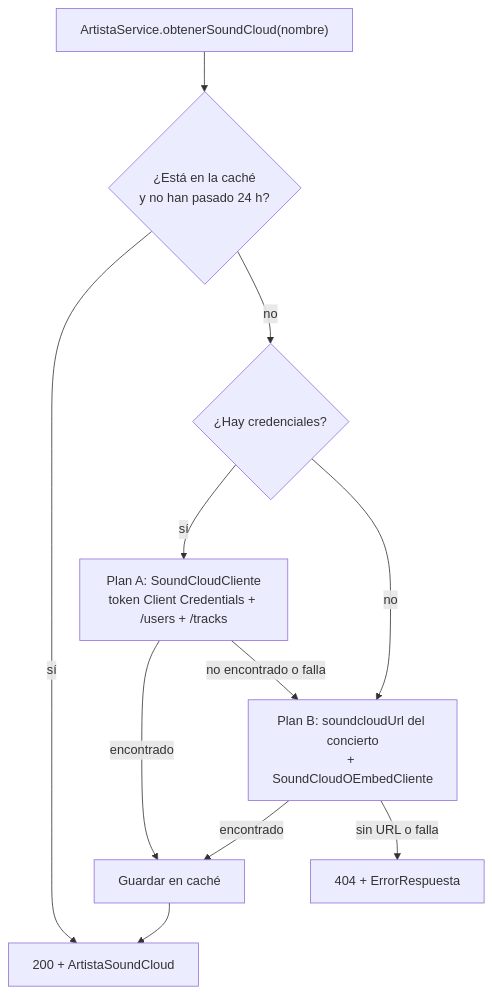
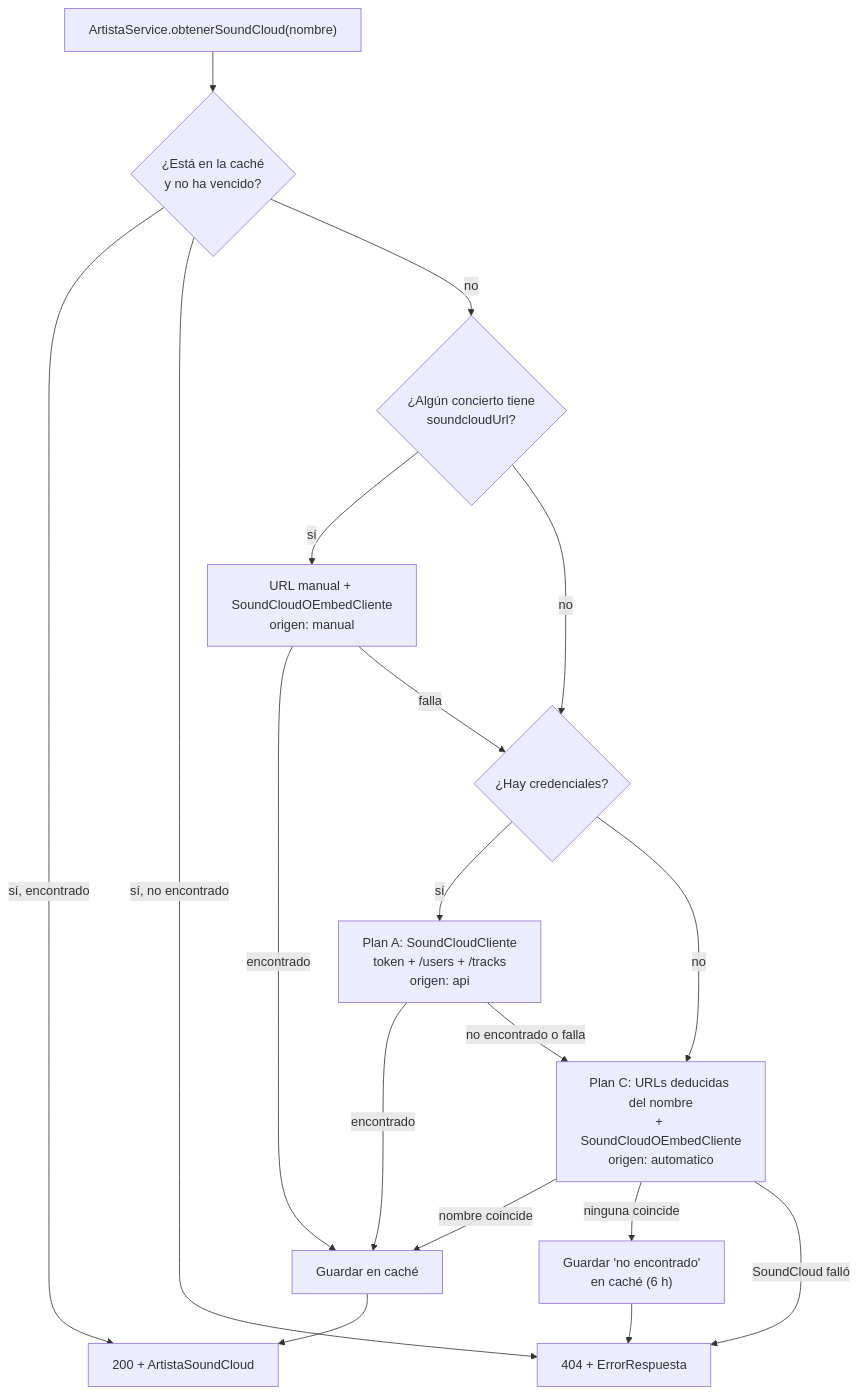
One commit to SE-7003-2027/memelomanos-finder-de-conciertos changed the third of 3 diagrams in docs/arquitectura.md. Above: the diagram before and after it, drawn with Mermaid. The commit also changed other lines of this file and 1 other file, not shown here.

Commit message:
docs: actualizar ADR-005 con el Plan C y el nuevo orden de SoundCloud
Agrega el Plan C (URLs probables con oEmbed, sin credenciales), pone la
soundcloudUrl capturada a mano antes que la API y documenta el riesgo de
elegir a otro usuario con el mismo nombre y como se mitiga.

Part of #111

````diff
--- a/docs/arquitectura.md
+++ b/docs/arquitectura.md
@@ -121,12 +121,18 @@
 ```mermaid
 flowchart TD
-    A["ArtistaService.obtenerSoundCloud(nombre)"] --> C{"¿Está en la caché<br/>y no han pasado 24 h?"}
-    C -- sí --> R["200 + ArtistaSoundCloud"]
-    C -- no --> K{"¿Hay credenciales?"}
-    K -- sí --> PA["Plan A: SoundCloudCliente<br/>token Client Credentials + /users + /tracks"]
-    K -- no --> PB
-    PA -- "encontrado" --> G["Guardar en caché"] --> R
-    PA -- "no encontrado o falla" --> PB["Plan B: soundcloudUrl del concierto<br/>+ SoundCloudOEmbedCliente"]
-    PB -- "encontrado" --> G
-    PB -- "sin URL o falla" --> E["404 + ErrorRespuesta"]
+    A["ArtistaService.obtenerSoundCloud(nombre)"] --> C{"¿Está en la caché<br/>y no ha vencido?"}
+    C -- "sí, encontrado" --> R["200 + ArtistaSoundCloud"]
+    C -- "sí, no encontrado" --> E
+    C -- no --> M{"¿Algún concierto tiene<br/>soundcloudUrl?"}
+    M -- sí --> PM["URL manual + SoundCloudOEmbedCliente<br/>origen: manual"]
+    M -- no --> K
+    PM -- "encontrado" --> G["Guardar en caché"] --> R
+    PM -- "falla" --> K{"¿Hay credenciales?"}
+    K -- sí --> PA["Plan A: SoundCloudCliente<br/>token + /users + /tracks<br/>origen: api"]
+    K -- no --> PC
+    PA -- "encontrado" --> G
+    PA -- "no encontrado o falla" --> PC["Plan C: URLs deducidas del nombre<br/>+ SoundCloudOEmbedCliente<br/>origen: automatico"]
+    PC -- "nombre coincide" --> G
+    PC -- "ninguna coincide" --> N["Guardar 'no encontrado'<br/>en caché (6 h)"] --> E["404 + ErrorRespuesta"]
+    PC -- "SoundCloud falló" --> E
 ```
````
